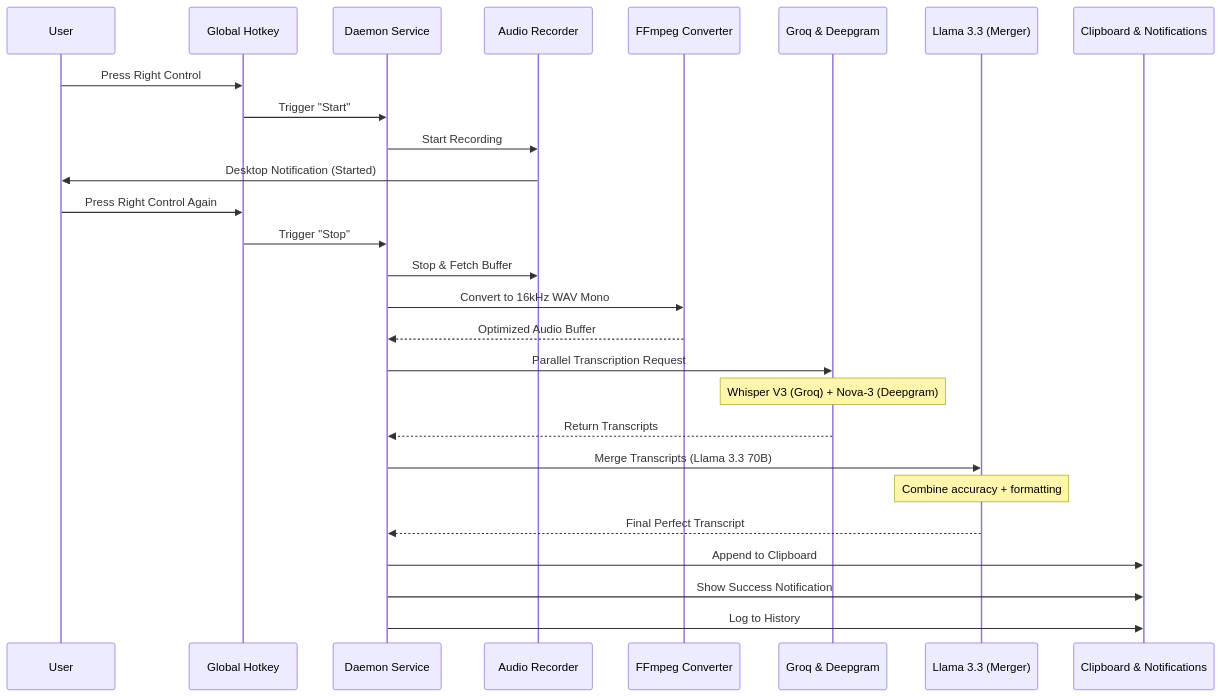
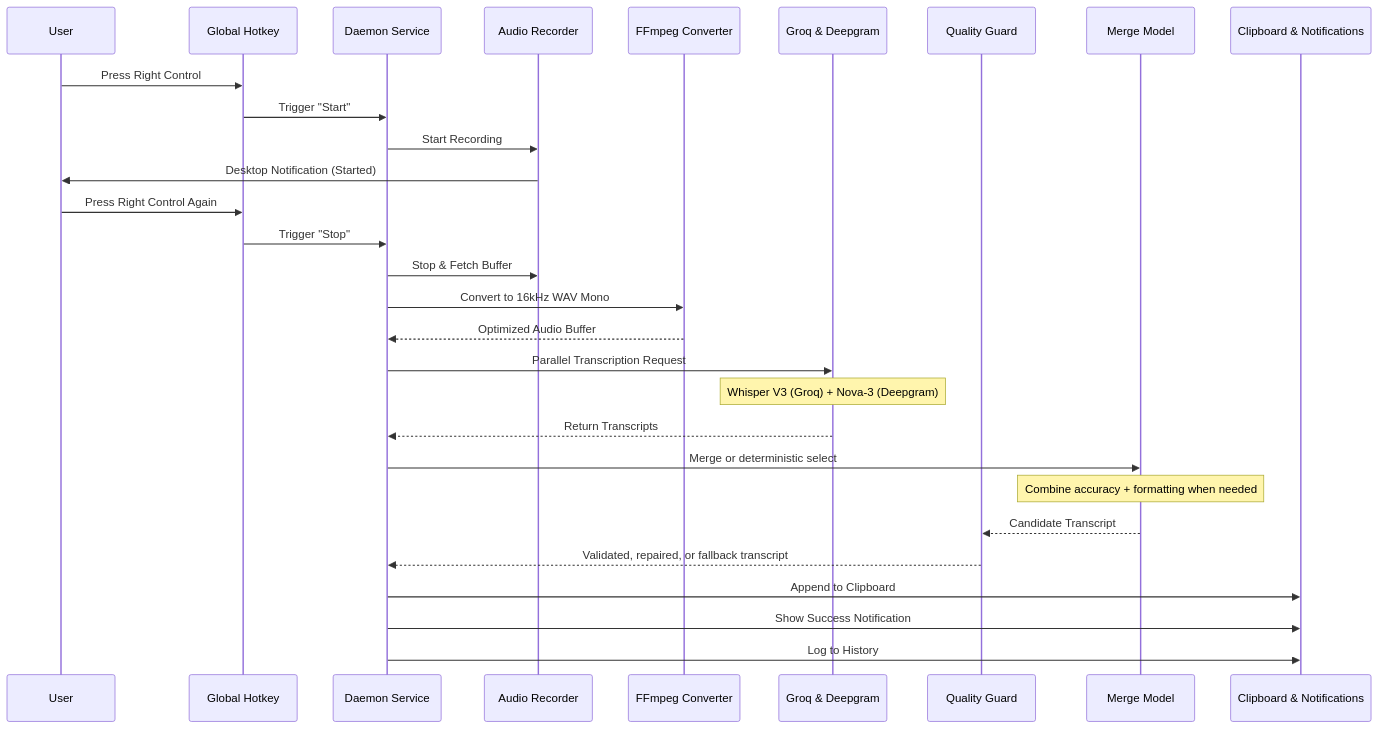
The diagram in docs/STT_FLOW.md (Snehit70/hyprvox), drawn with Mermaid before and after one commit. The commit also changed other lines of this file and 5 other files, not shown here.

````diff
--- a/docs/STT_FLOW.md
+++ b/docs/STT_FLOW.md
@@ -7,35 +7,37 @@
 ```mermaid
 sequenceDiagram
     participant User
     participant Hotkey as Global Hotkey
     participant Daemon as Daemon Service
     participant Audio as Audio Recorder
     participant ffmpeg as FFmpeg Converter
     participant APIs as Groq & Deepgram
-    participant LLM as Llama 3.3 (Merger)
+    participant Quality as Quality Guard
+    participant LLM as Merge Model
     participant Output as Clipboard & Notifications
 
     User->>Hotkey: Press Right Control
     Hotkey->>Daemon: Trigger "Start"
     Daemon->>Audio: Start Recording
     Audio->>User: Desktop Notification (Started)
     
     User->>Hotkey: Press Right Control Again
     Hotkey->>Daemon: Trigger "Stop"
     Daemon->>Audio: Stop & Fetch Buffer
     
     Daemon->>ffmpeg: Convert to 16kHz WAV Mono
     ffmpeg-->>Daemon: Optimized Audio Buffer
     
     Daemon->>APIs: Parallel Transcription Request
     Note over APIs: Whisper V3 (Groq) + Nova-3 (Deepgram)
     APIs-->>Daemon: Return Transcripts
     
-    Daemon->>LLM: Merge Transcripts (Llama 3.3 70B)
-    Note over LLM: Combine accuracy + formatting
-    LLM-->>Daemon: Final Perfect Transcript
+    Daemon->>LLM: Merge or deterministic select
+    Note over LLM: Combine accuracy + formatting when needed
+    LLM-->>Quality: Candidate Transcript
+    Quality-->>Daemon: Validated, repaired, or fallback transcript
     
     Daemon->>Output: Append to Clipboard
     Daemon->>Output: Show Success Notification
     Daemon->>Output: Log to History
 ```
````
